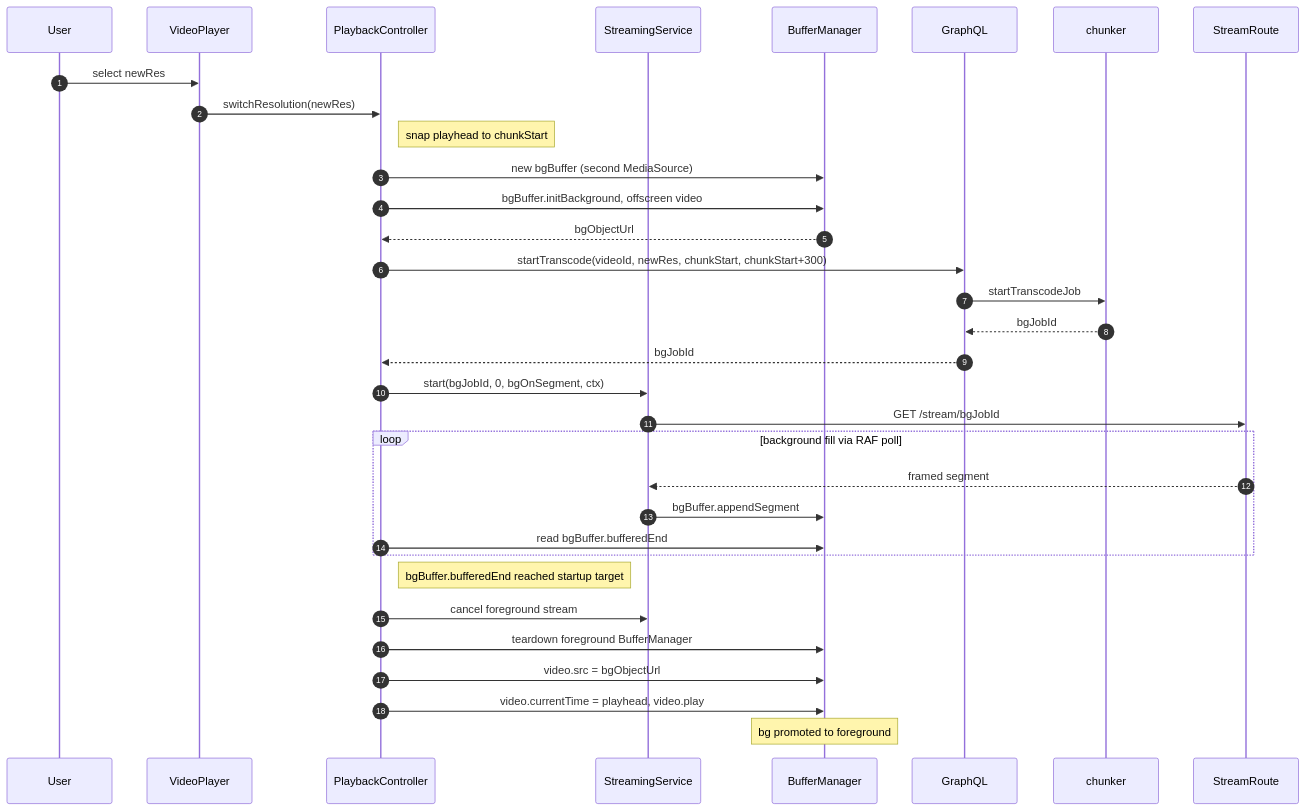
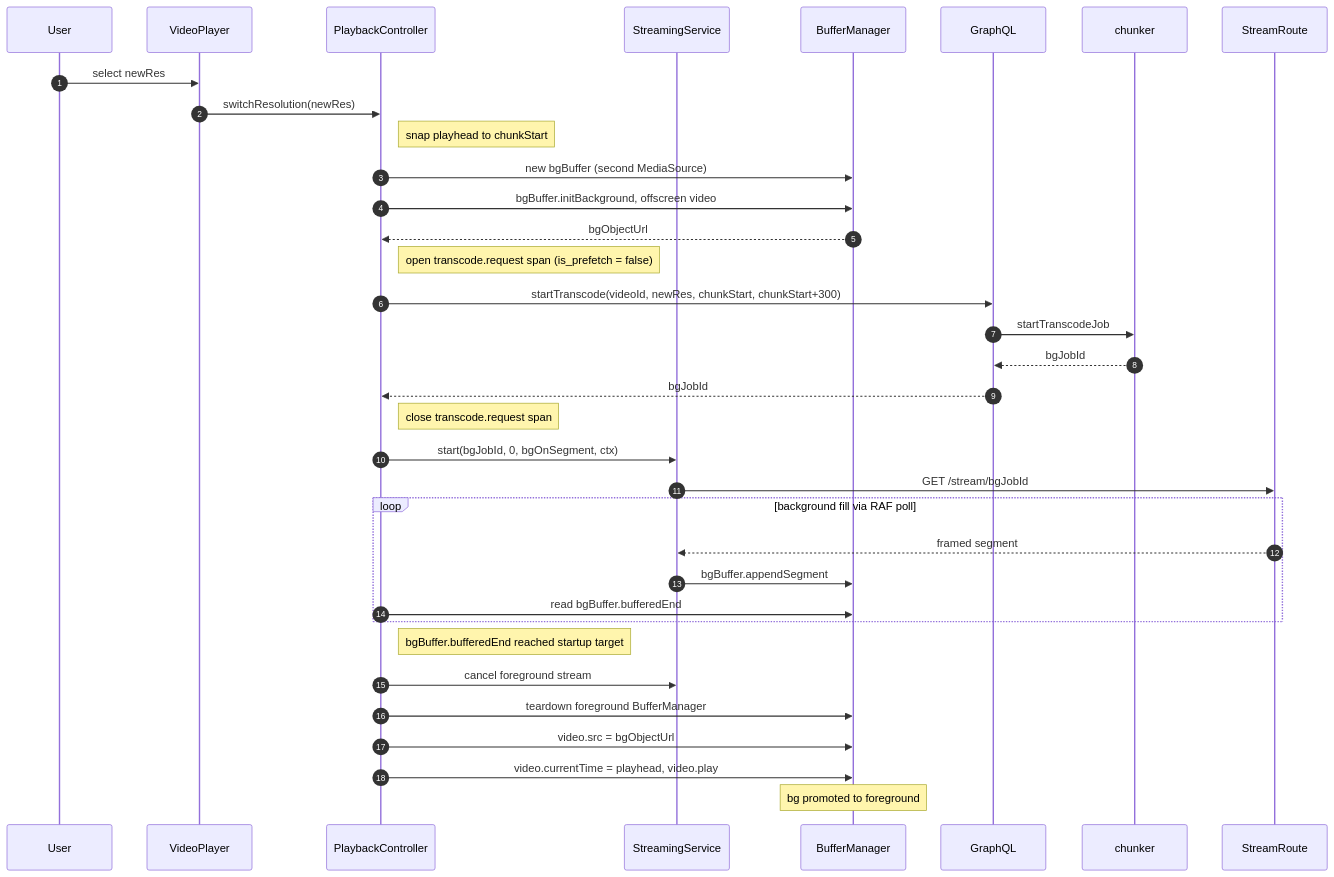
One commit to ngareleo/xstream changed the diagram in docs/diagrams/streaming-04-resolution-switch.mmd. Above: the diagram before and after it, drawn with Mermaid. The commit also changed 12 other files, not shown here.

First line of the commit message:
feat(telemetry): add buffer.halt + transcode.request spans

```diff
--- a/docs/diagrams/streaming-04-resolution-switch.mmd
+++ b/docs/diagrams/streaming-04-resolution-switch.mmd
@@ -1,39 +1,41 @@
 %% xstream streaming - Scenario 4: Resolution Switch (background buffer)
 %% A second BufferManager is created offscreen, filled with the new resolution's chunks,
 %% and promoted to foreground once enough data has accumulated.
 sequenceDiagram
     autonumber
     participant U as User
     participant VP as VideoPlayer
     participant PC as PlaybackController
     participant SS as StreamingService
     participant BM as BufferManager
     participant GQL as GraphQL
     participant CH as chunker
     participant ST as StreamRoute
 
     U->>VP: select newRes
     VP->>PC: switchResolution(newRes)
     Note right of PC: snap playhead to chunkStart
     PC->>BM: new bgBuffer (second MediaSource)
     PC->>BM: bgBuffer.initBackground, offscreen video
     BM-->>PC: bgObjectUrl
+    Note right of PC: open transcode.request span (is_prefetch = false)
     PC->>GQL: startTranscode(videoId, newRes, chunkStart, chunkStart+300)
     GQL->>CH: startTranscodeJob
     CH-->>GQL: bgJobId
     GQL-->>PC: bgJobId
+    Note right of PC: close transcode.request span
     PC->>SS: start(bgJobId, 0, bgOnSegment, ctx)
     SS->>ST: GET /stream/bgJobId
 
     loop background fill via RAF poll
         ST-->>SS: framed segment
         SS->>BM: bgBuffer.appendSegment
         PC->>BM: read bgBuffer.bufferedEnd
     end
 
     Note right of PC: bgBuffer.bufferedEnd reached startup target
     PC->>SS: cancel foreground stream
     PC->>BM: teardown foreground BufferManager
     PC->>BM: video.src = bgObjectUrl
     PC->>BM: video.currentTime = playhead, video.play
     Note over BM: bg promoted to foreground
```
